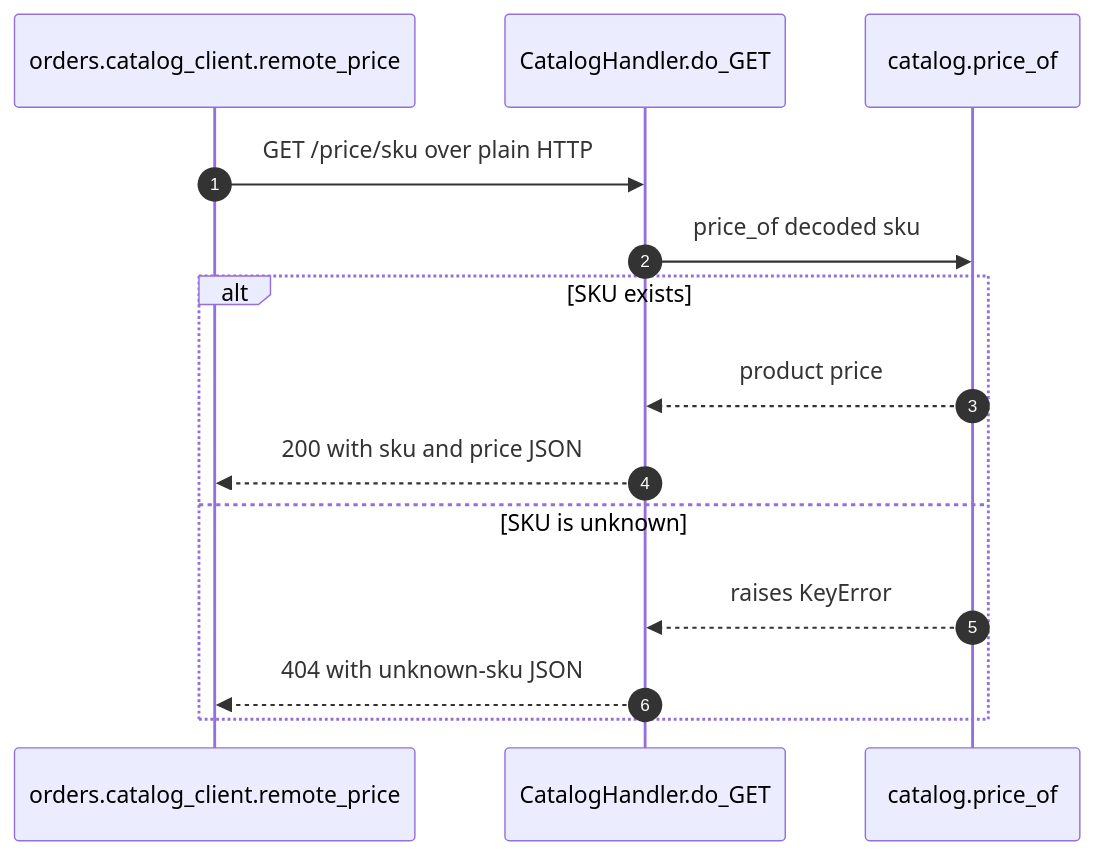
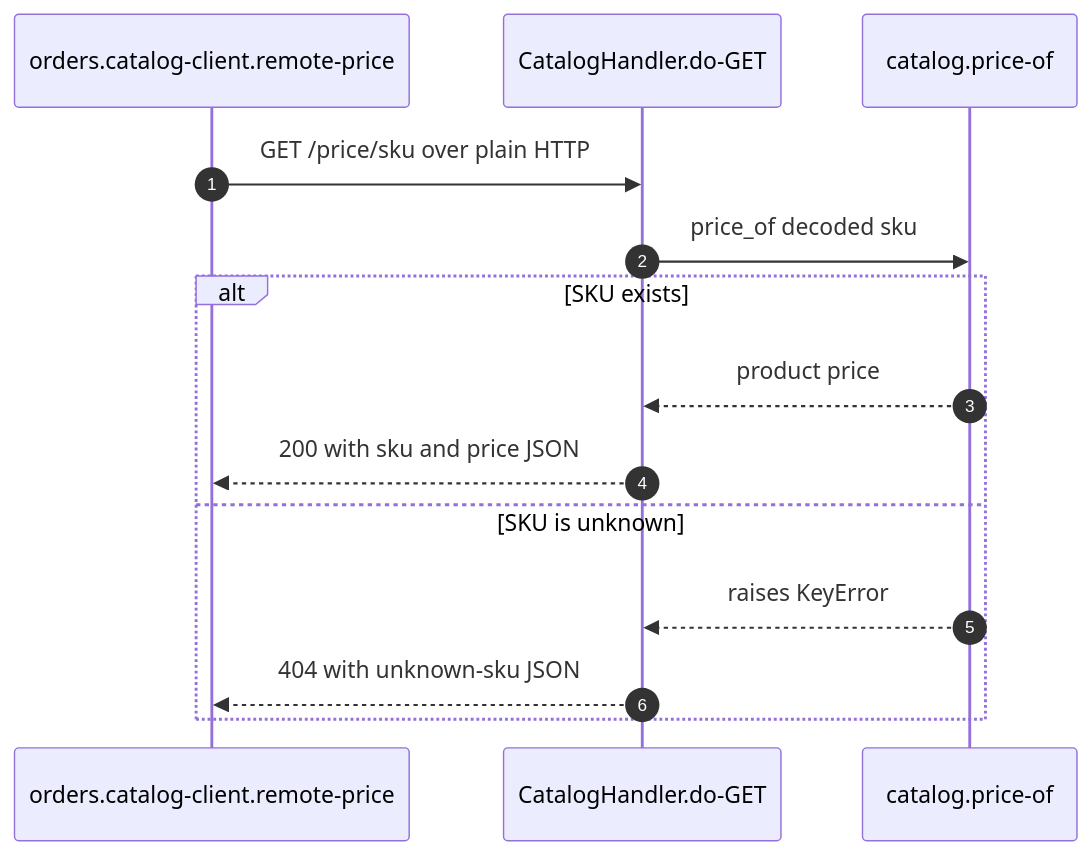
One commit to vishalc412/bible-mode-b-test changed the second of 2 diagrams in codebase-analysis/lld/api/catalog/catalog.md. Above: the diagram before and after it, drawn with Mermaid. The commit also changed other lines of this file and 38 other files, not shown here.

````diff
--- a/codebase-analysis/lld/api/catalog/catalog.md
+++ b/codebase-analysis/lld/api/catalog/catalog.md
@@ -95,16 +91,16 @@
 ```mermaid
 sequenceDiagram
   autonumber
-  participant Client as orders.catalog_client.remote_price
-  participant Handler as CatalogHandler.do_GET
-  participant Price as catalog.price_of
+  participant Client as orders.catalog-client.remote-price
+  participant Handler as CatalogHandler.do-GET
+  participant Price as catalog.price-of
   Client->>Handler: GET /price/sku over plain HTTP
   Handler->>Price: price_of decoded sku
   alt SKU exists
     Price-->>Handler: product price
     Handler-->>Client: 200 with sku and price JSON
   else SKU is unknown
     Price-->>Handler: raises KeyError
     Handler-->>Client: 404 with unknown-sku JSON
   end
 ```
````
